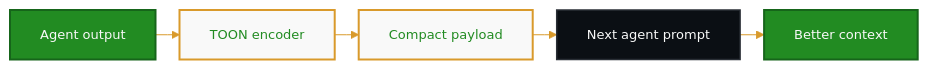
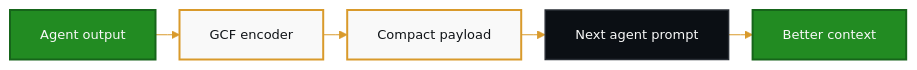
One commit to Hassaan146/agentic-ai-workflow changed the fifth of 10 diagrams in docs/diagrams.md. Above: the diagram before and after it, drawn with Mermaid. The commit also changed other lines of this file and 18 other files, not shown here.

````diff
--- a/docs/diagrams.md
+++ b/docs/diagrams.md
@@ -161,16 +162,16 @@
 ```mermaid
-%%{init: {'theme': 'base', 'flowchart': {'nodeSpacing': 18, 'rankSpacing': 24, 'curve': 'linear'}, 'themeVariables': {'fontSize': '13px', 'primaryColor': '#228B22', 'primaryTextColor': '#F9F9F9', 'primaryBorderColor': '#16651A', 'lineColor': '#D99A2B', 'secondaryColor': '#F9F9F9', 'secondaryTextColor': '#228B22', 'secondaryBorderColor': '#D99A2B', 'tertiaryColor': '#0B0F14', 'tertiaryTextColor': '#F9F9F9', 'tertiaryBorderColor': '#2A2F36', 'background': '#070B10', 'mainBkg': '#228B22', 'secondBkg': '#F9F9F9', 'textColor': '#F9F9F9', 'edgeLabelBackground': '#F9F9F9'}}}%%
+%%{init: {"theme":"base","flowchart":{"nodeSpacing":18,"rankSpacing":24,"curve":"linear"},"themeVariables":{"fontSize":"13px","background":"#070B10","primaryColor":"#228B22","primaryTextColor":"#F9F9F9","primaryBorderColor":"#16651A","secondaryColor":"#F9F9F9","secondaryTextColor":"#101418","secondaryBorderColor":"#D99A2B","tertiaryColor":"#0B0F14","tertiaryTextColor":"#F9F9F9","tertiaryBorderColor":"#2A2F36","lineColor":"#D99A2B","textColor":"#F9F9F9","edgeLabelBackground":"#0B0F14"}}}%%
 flowchart LR
-    A["Agent output"] --> B["TOON encoder"]
+    A["Agent output"] --> B["GCF encoder"]
     B --> C["Compact payload"]
     C --> D["Next agent prompt"]
     D --> E["Better context"]
 
     classDef primary fill:#228B22,stroke:#16651A,color:#F9F9F9,stroke-width:2px;
     classDef dark fill:#0B0F14,stroke:#2A2F36,color:#F9F9F9,stroke-width:1.5px;
-    classDef toon fill:#F9F9F9,stroke:#D99A2B,color:#228B22,stroke-width:2px;
-    classDef decision fill:#F9F9F9,stroke:#D99A2B,color:#228B22,stroke-width:2px;
+    classDef gcf fill:#F9F9F9,stroke:#D99A2B,color:#101418,stroke-width:2px;
+
     class A,E primary;
-    class B,C toon;
+    class B,C gcf;
     class D dark;
 ```
````
